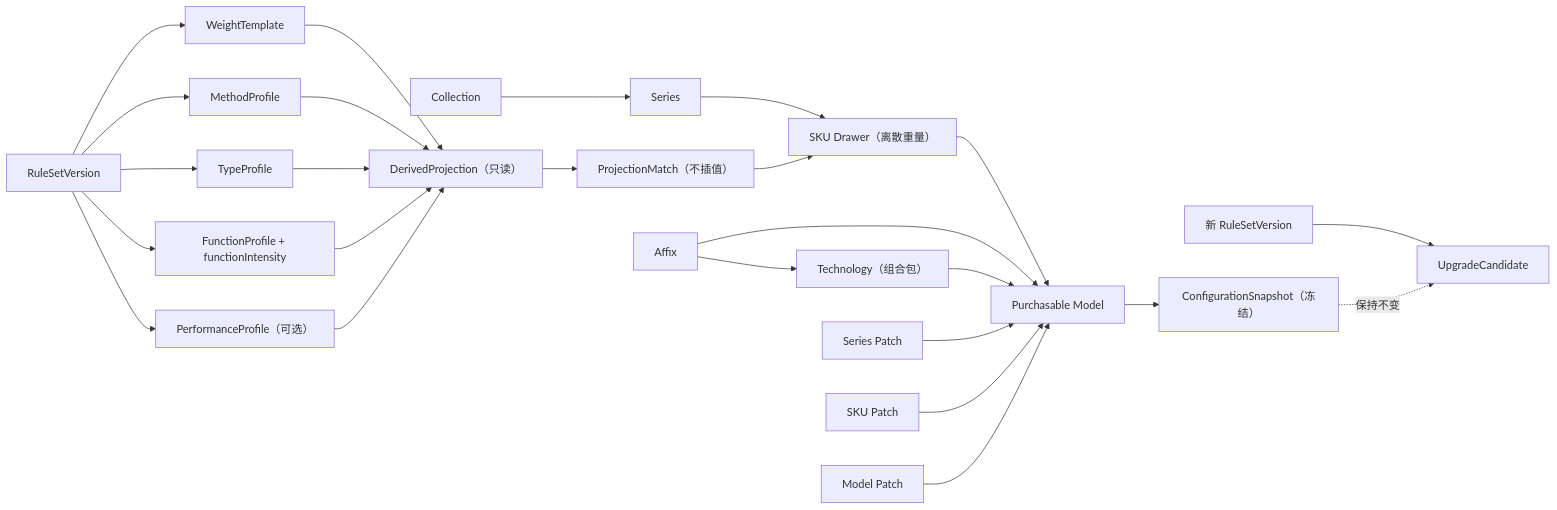
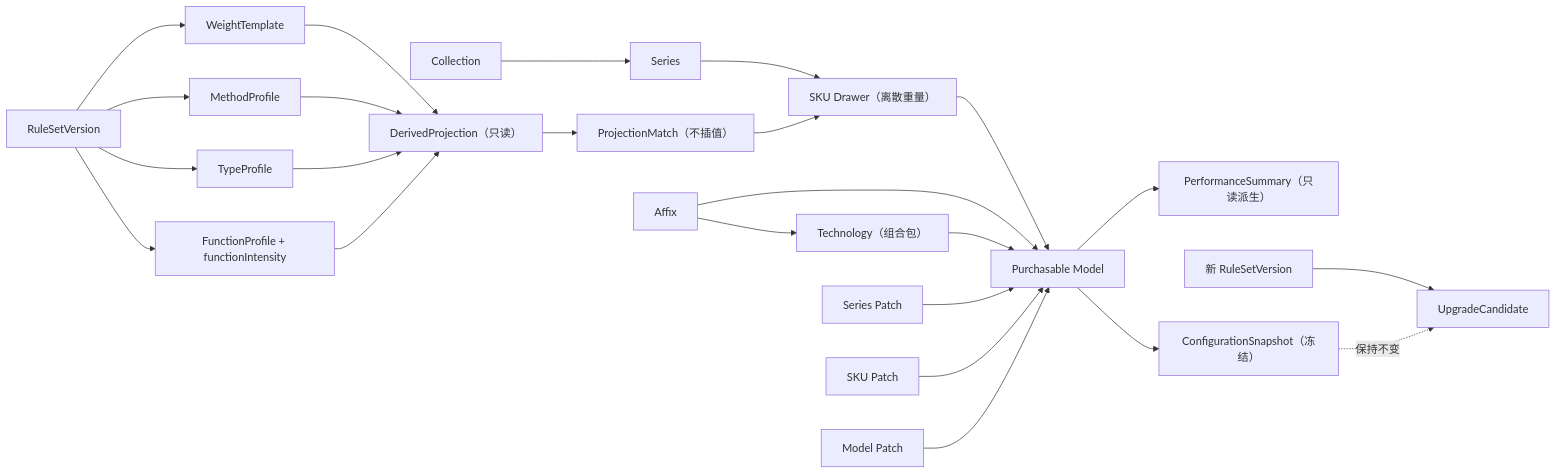
Before and after one commit to futouyiba/tackle-forger: the first of 4 diagrams in docs/ux/tackle-forger-ux-design-v1.md, drawn with Mermaid. The commit also changed other lines of this file and 7 other files, not shown here.

```diff
--- a/docs/ux/tackle-forger-ux-design-v1.md
+++ b/docs/ux/tackle-forger-ux-design-v1.md
@@ -253,27 +253,26 @@
 ~~~mermaid
 flowchart LR
     RS["RuleSetVersion"] --> WT["WeightTemplate"]
     RS --> M["MethodProfile"]
     RS --> T["TypeProfile"]
     RS --> F["FunctionProfile + functionIntensity"]
-    RS --> P["PerformanceProfile（可选）"]
     WT --> DP["DerivedProjection（只读）"]
     M --> DP
     T --> DP
     F --> DP
-    P --> DP
     DP --> PM["ProjectionMatch（不插值）"]
     C["Collection"] --> S["Series"]
     S --> SKU["SKU Drawer（离散重量）"]
     PM --> SKU
     SKU --> MD["Purchasable Model"]
     AX["Affix"] --> TECH["Technology（组合包）"]
     AX --> MD
     TECH --> MD
+    MD --> PS["PerformanceSummary（只读派生）"]
     SP["Series Patch"] --> MD
     KP["SKU Patch"] --> MD
     MP["Model Patch"] --> MD
     MD --> SNAP["ConfigurationSnapshot（冻结）"]
     RS2["新 RuleSetVersion"] --> UC["UpgradeCandidate"]
     SNAP -. "保持不变" .-> UC
 ~~~
```
